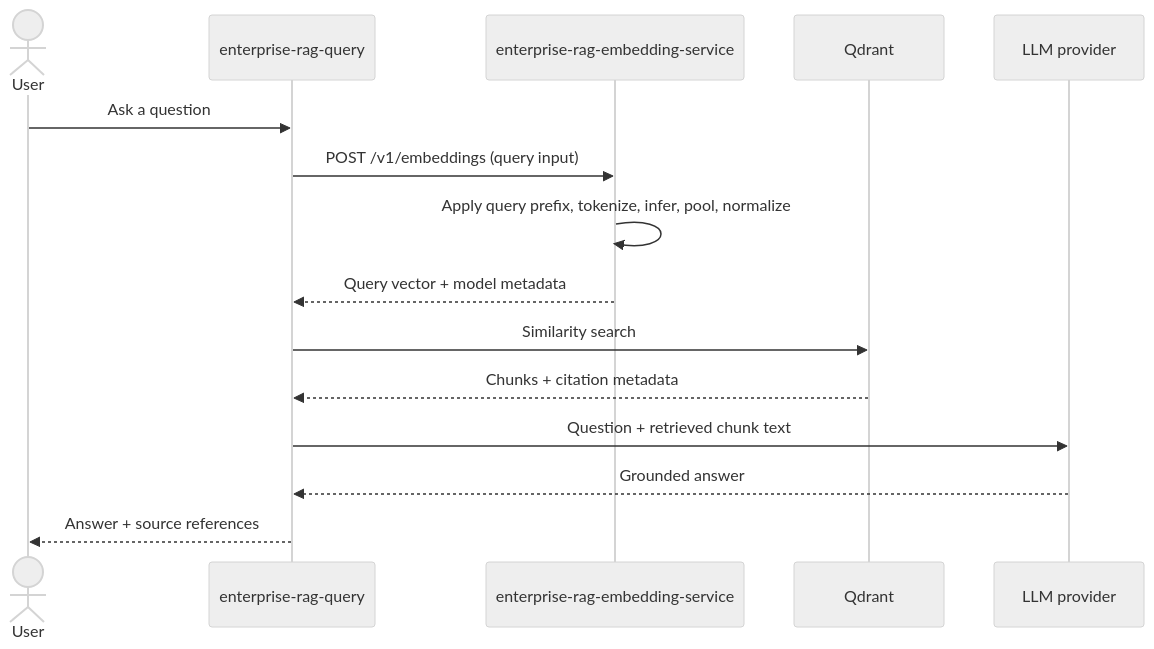
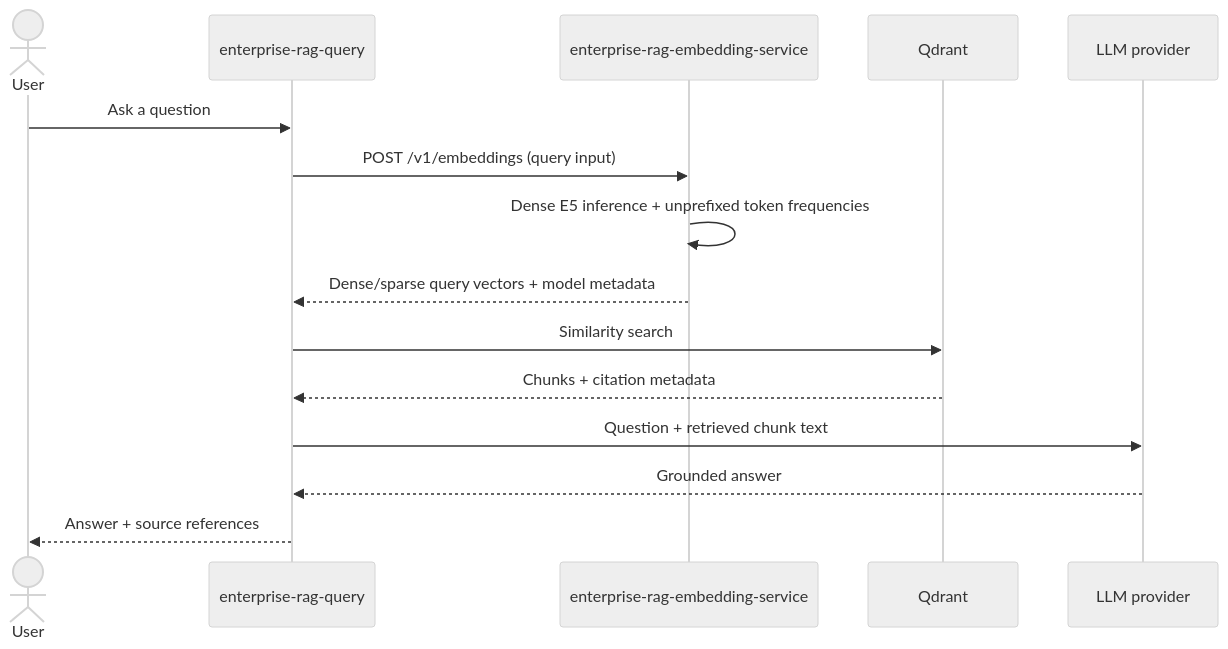
Before and after one commit to tolga-kabadurmus/enterprise-rag-embedding-service: the third of 4 diagrams in README.md, drawn with Mermaid (neutral theme). The commit also changed other lines of this file and 12 other files, not shown here.

````diff
--- a/README.md
+++ b/README.md
@@ -79,18 +79,18 @@
 ```mermaid
 sequenceDiagram
     actor User
     participant Q as enterprise-rag-query
     participant E as enterprise-rag-embedding-service
     participant V as Qdrant
     participant L as LLM provider
 
     User->>Q: Ask a question
     Q->>E: POST /v1/embeddings (query input)
-    E->>E: Apply query prefix, tokenize, infer, pool, normalize
-    E-->>Q: Query vector + model metadata
+    E->>E: Dense E5 inference + unprefixed token frequencies
+    E-->>Q: Dense/sparse query vectors + model metadata
     Q->>V: Similarity search
     V-->>Q: Chunks + citation metadata
     Q->>L: Question + retrieved chunk text
     L-->>Q: Grounded answer
     Q-->>User: Answer + source references
 ```
````
